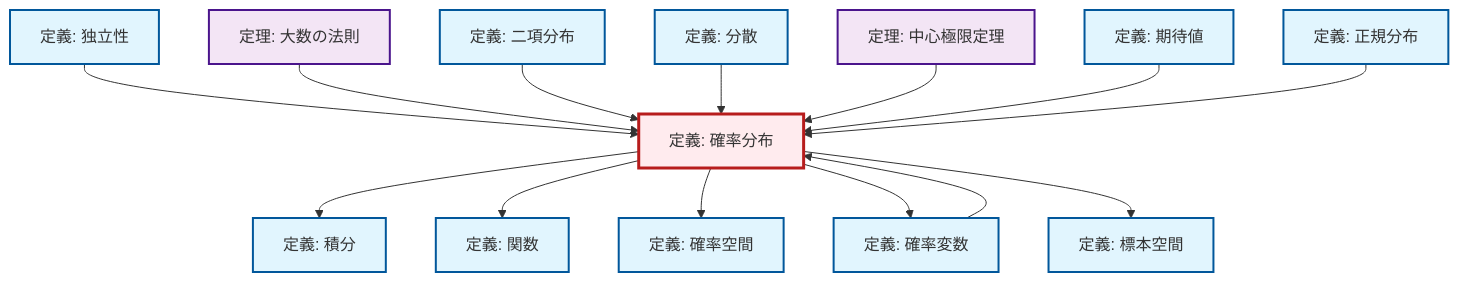
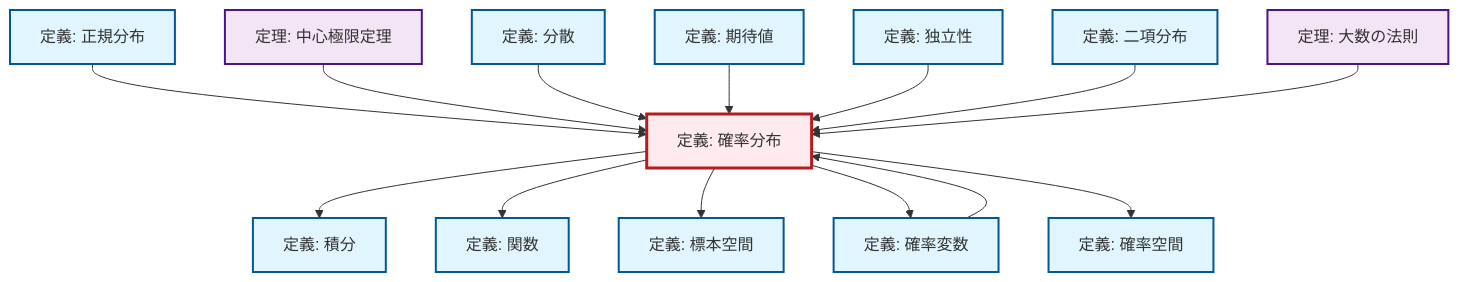
Before and after one commit to RK0429/ModernMath: the diagram in output/mermaid/ja/def-probability-distribution.mermaid, drawn with Mermaid. The commit also changed other lines of this file and 3096 other files, not shown here.

```diff
--- a/output/mermaid/ja/def-probability-distribution.mermaid
+++ b/output/mermaid/ja/def-probability-distribution.mermaid
@@ -1,34 +1,34 @@
 %%| fig-cap: "Local dependency graph"
 graph TD
     classDef definition fill:#e1f5fe,stroke:#01579b,stroke-width:2px
     classDef theorem fill:#f3e5f5,stroke:#4a148c,stroke-width:2px
     classDef axiom fill:#fff3e0,stroke:#e65100,stroke-width:2px
     classDef example fill:#e8f5e9,stroke:#1b5e20,stroke-width:2px
     classDef current fill:#ffebee,stroke:#b71c1c,stroke-width:3px
+    def-sample-space["定義: 標本空間"]:::definition
+    def-function["定義: 関数"]:::definition
+    def-probability-space["定義: 確率空間"]:::definition
+    def-integral["定義: 積分"]:::definition
+    def-variance["定義: 分散"]:::definition
+    def-random-variable["定義: 確率変数"]:::definition
+    thm-law-of-large-numbers["定理: 大数の法則"]:::theorem
+    thm-central-limit["定理: 中心極限定理"]:::theorem
     def-normal-distribution["定義: 正規分布"]:::definition
+    def-independence["定義: 独立性"]:::definition
     def-binomial-distribution["定義: 二項分布"]:::definition
-    def-function["定義: 関数"]:::definition
-    thm-central-limit["定理: 中心極限定理"]:::theorem
-    thm-law-of-large-numbers["定理: 大数の法則"]:::theorem
     def-probability-distribution["定義: 確率分布"]:::definition
-    def-random-variable["定義: 確率変数"]:::definition
-    def-variance["定義: 分散"]:::definition
-    def-integral["定義: 積分"]:::definition
-    def-sample-space["定義: 標本空間"]:::definition
-    def-independence["定義: 独立性"]:::definition
-    def-probability-space["定義: 確率空間"]:::definition
     def-expectation["定義: 期待値"]:::definition
+    def-normal-distribution --> def-probability-distribution
+    thm-central-limit --> def-probability-distribution
+    def-variance --> def-probability-distribution
+    def-expectation --> def-probability-distribution
+    def-probability-distribution --> def-integral
     def-independence --> def-probability-distribution
+    def-random-variable --> def-probability-distribution
+    def-probability-distribution --> def-function
+    def-probability-distribution --> def-sample-space
+    def-probability-distribution --> def-random-variable
+    def-probability-distribution --> def-probability-space
+    def-binomial-distribution --> def-probability-distribution
     thm-law-of-large-numbers --> def-probability-distribution
-    def-binomial-distribution --> def-probability-distribution
-    def-probability-distribution --> def-integral
-    def-variance --> def-probability-distribution
-    thm-central-limit --> def-probability-distribution
-    def-probability-distribution --> def-function
-    def-random-variable --> def-probability-distribution
-    def-expectation --> def-probability-distribution
-    def-probability-distribution --> def-probability-space
-    def-probability-distribution --> def-random-variable
-    def-probability-distribution --> def-sample-space
-    def-normal-distribution --> def-probability-distribution
     class def-probability-distribution current
```
